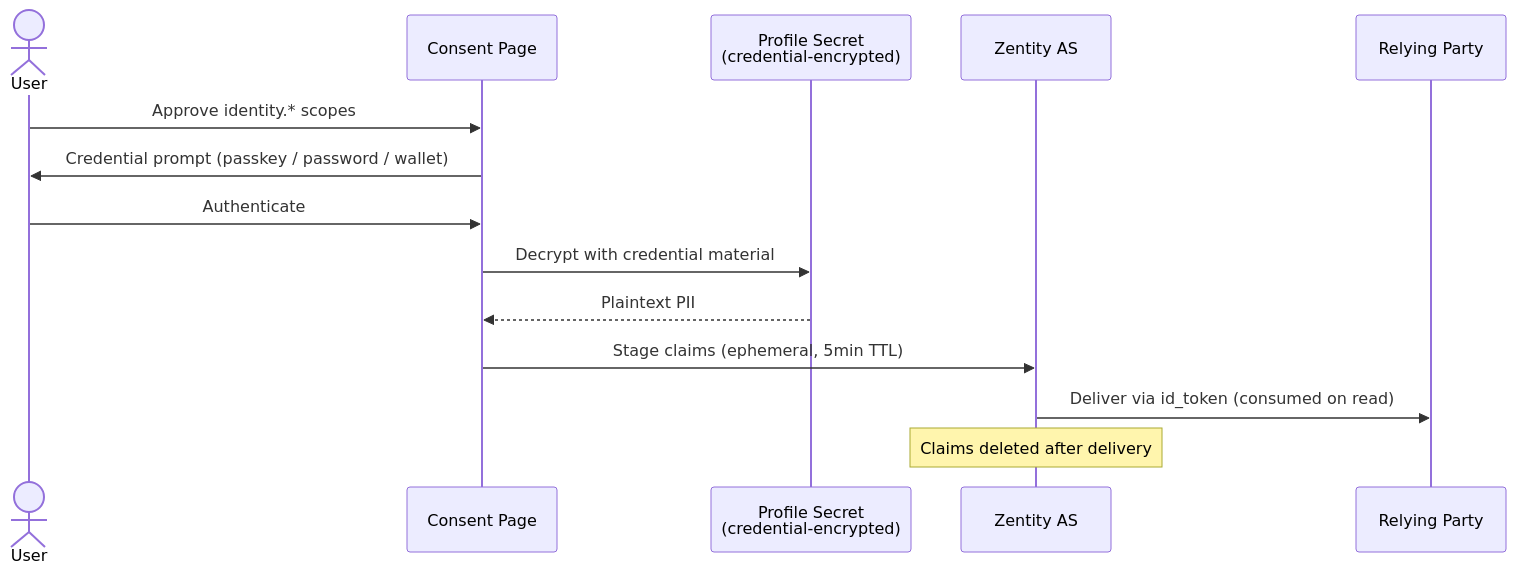
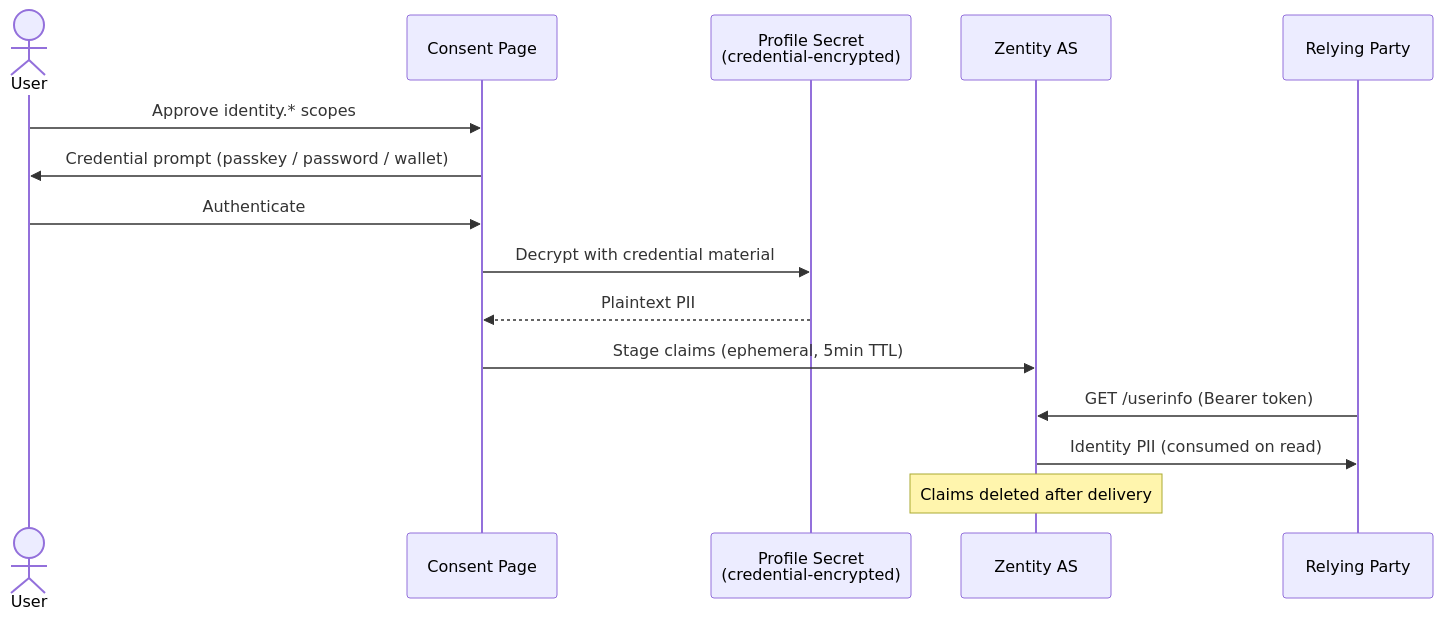
Before and after one commit to gustavovalverde/zentity: the sixth of 6 diagrams in docs/oauth-integrations.md, drawn with Mermaid. The commit also changed other lines of this file and 8 other files, not shown here.

First line of the commit message:
feat(demo-rp): update PII delivery to userinfo-only model

````diff
--- a/docs/oauth-integrations.md
+++ b/docs/oauth-integrations.md
@@ -400,17 +399,18 @@
 ```mermaid
 sequenceDiagram
   actor User
   participant Consent as Consent Page
   participant Secret as Profile Secret<br/>(credential-encrypted)
   participant AS as Zentity AS
   participant RP as Relying Party
 
   User->>Consent: Approve identity.* scopes
   Consent->>User: Credential prompt (passkey / password / wallet)
   User->>Consent: Authenticate
   Consent->>Secret: Decrypt with credential material
   Secret-->>Consent: Plaintext PII
   Consent->>AS: Stage claims (ephemeral, 5min TTL)
-  AS->>RP: Deliver via id_token (consumed on read)
+  RP->>AS: GET /userinfo (Bearer token)
+  AS->>RP: Identity PII (consumed on read)
   Note over AS: Claims deleted after delivery
 ```
````
